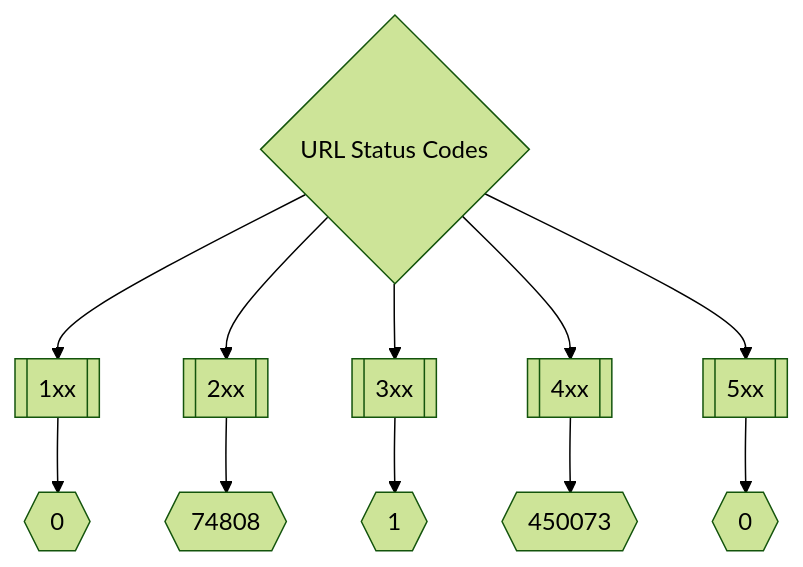
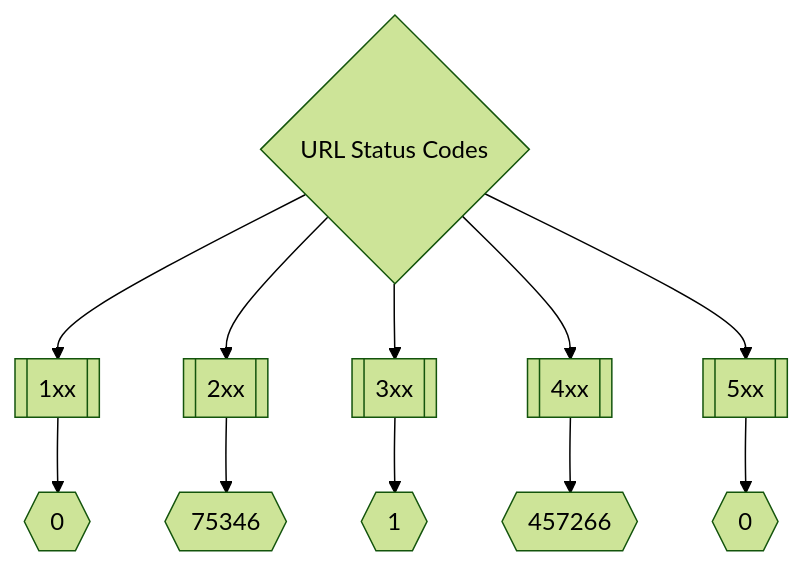
One commit to trickest/inventory changed the second of 3 diagrams in README.md. Above: the diagram before and after it, drawn with Mermaid (forest theme). The commit also changed other lines of this file and 132 other files, not shown here.

````diff
--- a/README.md
+++ b/README.md
@@ -173,8 +173,8 @@
 ```mermaid
 graph TD
 title{URL Status Codes} --> 1xx[[1xx]] --> status1xxNum{{0}}
-title --> 2xx[[2xx]] --> status2xxNum{{74808}}
+title --> 2xx[[2xx]] --> status2xxNum{{75346}}
 title --> 3xx[[3xx]] --> status3xxNum{{1}}
-title --> 4xx[[4xx]] --> status4xxNum{{450073}}
+title --> 4xx[[4xx]] --> status4xxNum{{457266}}
 title --> 5xx[[5xx]] --> status5xxNum{{0}}
 ```
````
